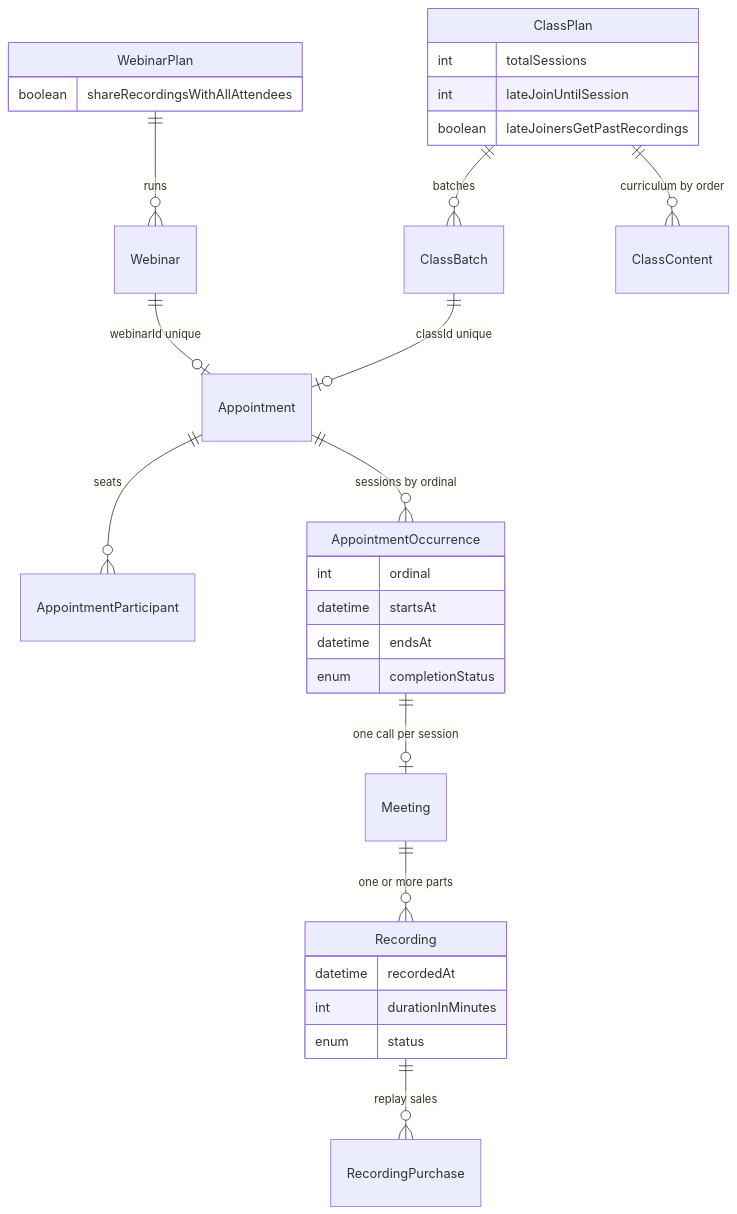
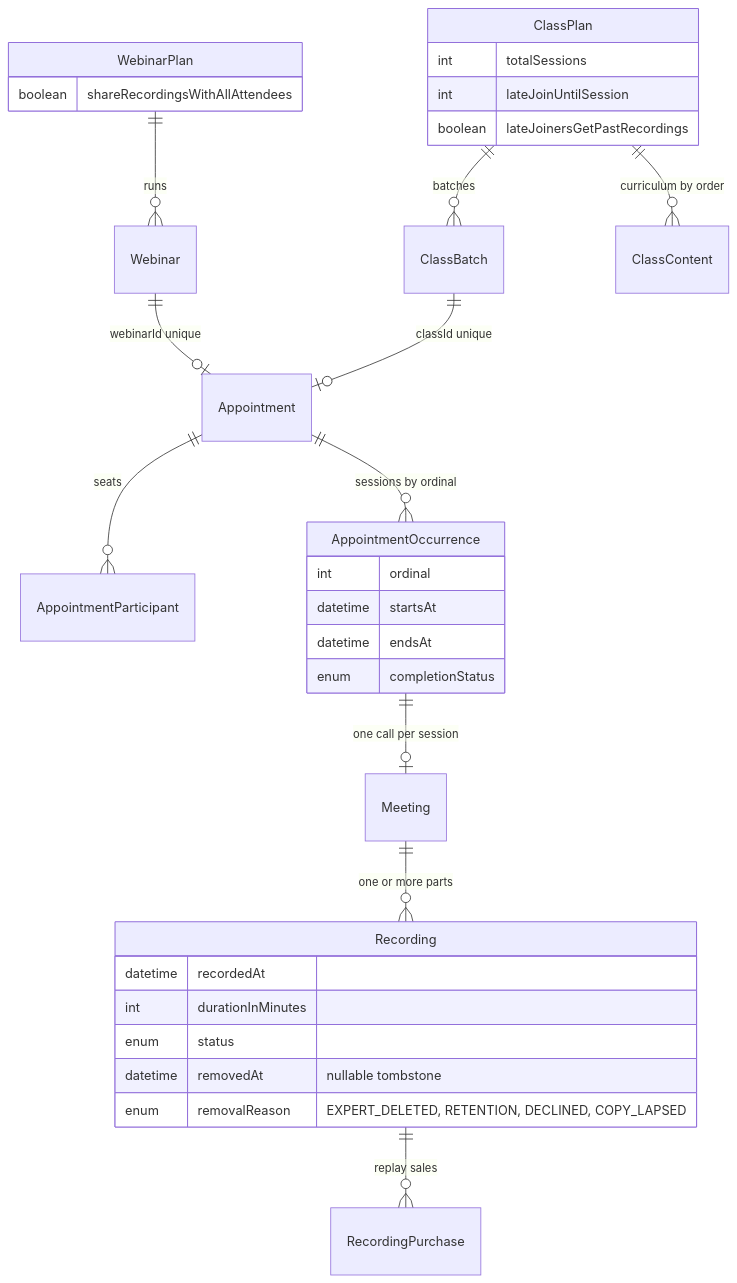
One commit to Practitionist/familiarise_web changed the third of 5 diagrams in docs/stream/19-recordings-lifecycle-and-access.md. Above: the diagram before and after it, drawn with Mermaid. The commit also changed other lines of this file and 6 other files, not shown here.

````diff
--- a/docs/stream/19-recordings-lifecycle-and-access.md
+++ b/docs/stream/19-recordings-lifecycle-and-access.md
@@ -92,33 +101,35 @@
 ```mermaid
 erDiagram
   %% ClassBatch is the Prisma `Class` model; "Class" is a reserved word in Mermaid ER diagrams
   WebinarPlan ||--o{ Webinar : "runs"
   ClassPlan ||--o{ ClassBatch : "batches"
   ClassPlan ||--o{ ClassContent : "curriculum by order"
   Webinar ||--o| Appointment : "webinarId unique"
   ClassBatch ||--o| Appointment : "classId unique"
   Appointment ||--o{ AppointmentParticipant : "seats"
   Appointment ||--o{ AppointmentOccurrence : "sessions by ordinal"
   AppointmentOccurrence ||--o| Meeting : "one call per session"
   Meeting ||--o{ Recording : "one or more parts"
   Recording ||--o{ RecordingPurchase : "replay sales"
   WebinarPlan {
     boolean shareRecordingsWithAllAttendees
   }
   ClassPlan {
     int totalSessions
     int lateJoinUntilSession
     boolean lateJoinersGetPastRecordings
   }
   AppointmentOccurrence {
     int ordinal
     datetime startsAt
     datetime endsAt
     enum completionStatus
   }
   Recording {
     datetime recordedAt
     int durationInMinutes
     enum status
+    datetime removedAt "nullable tombstone"
+    enum removalReason "EXPERT_DELETED, RETENTION, DECLINED, COPY_LAPSED"
   }
 ```
````
